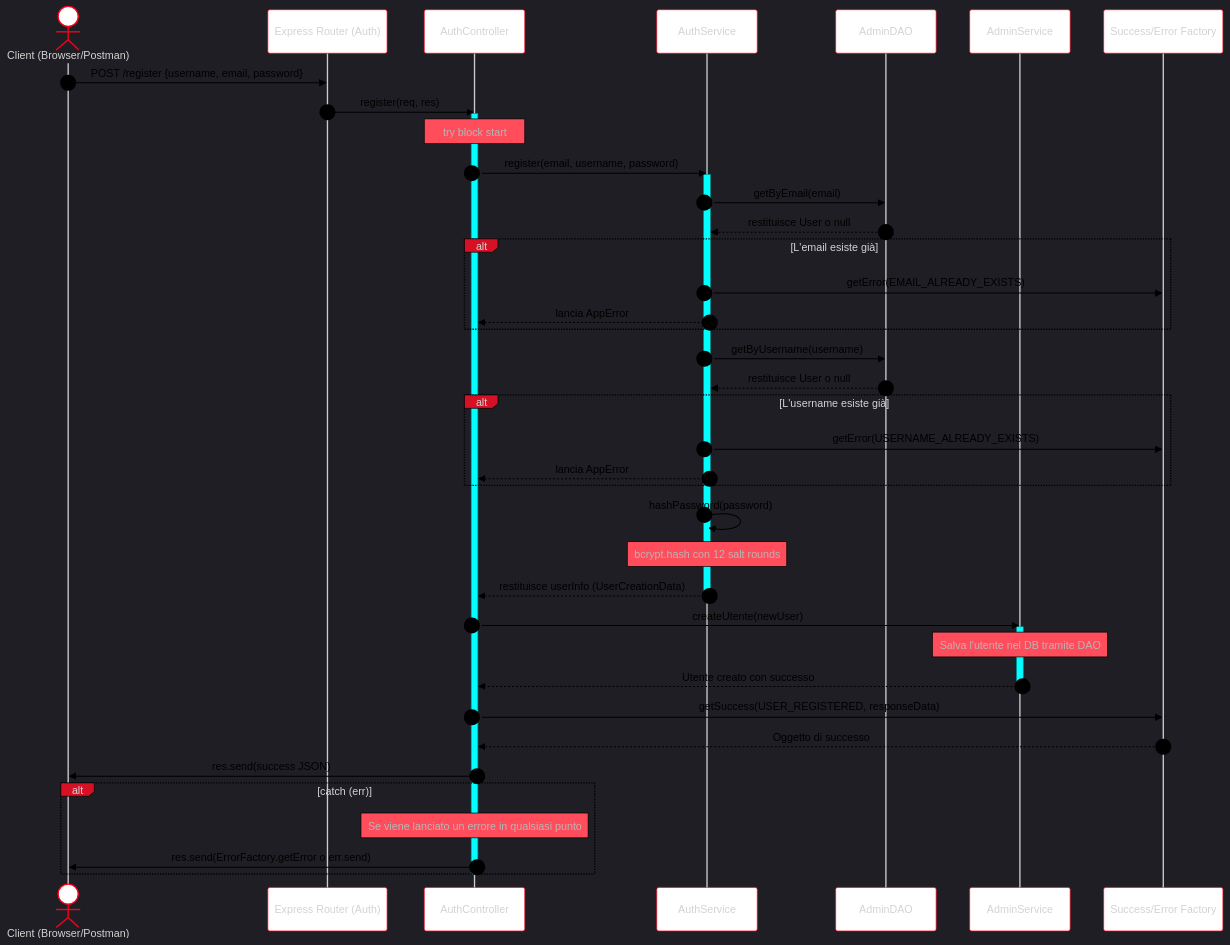
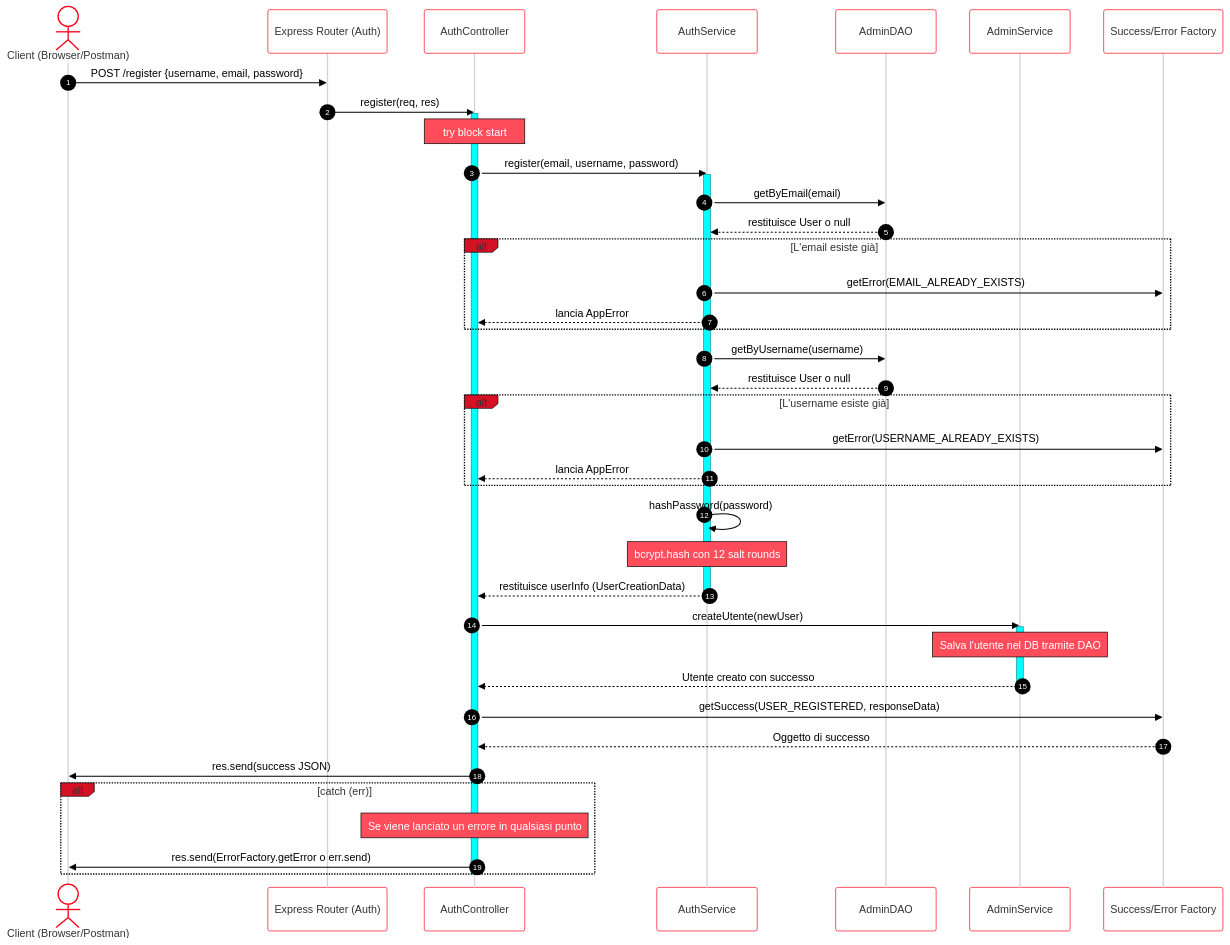
One commit to Barca2002/Progetto-Programmazione-avanzata changed the diagram in README.md. Above: the diagram before and after it, drawn with Mermaid.

Commit message:
Test readme

````diff
--- a/README.md
+++ b/README.md
@@ -145,73 +145,73 @@
 ```mermaid
 ---
 config:
-    theme: dark
+    theme: neutral
     themeVariables:
         'actorBkg': '#ffffff'
         'actorBorder': '#ff0019'
         'labelBoxBkgColor': '#d61125'
         'labelBoxBorderColor': '#020000'
         'signalColor': '#000000'
         'signalTextColor': '#000000'
         'noteBkgColor': '#ff4d5c'
         'noteBorderColor': '#000000'
         'activationBkgColor': '#00ffff'
         'activationBorderColor': '#009494'
         'fontSize': '20px'
 ---
 sequenceDiagram
     autonumber
     actor Utente as Client (Browser/Postman)
     participant Router as Express Router (Auth)
     participant Ctrl as AuthController
     participant Serv as AuthService
     participant DAO as AdminDAO
     participant AdminServ as AdminService
     participant Fact as Success/Error Factory
 
     Utente->>Router: POST /register {username, email, password}
     Router->>Ctrl: register(req, res)
     activate Ctrl
 
     Note over Ctrl: try block start
     Ctrl->>Serv: register(email, username, password)
     activate Serv
 
     Serv->>DAO: getByEmail(email)
     DAO-->>Serv: restituisce User o null
     
     alt L'email esiste già
         Serv->>Fact: getError(EMAIL_ALREADY_EXISTS)
         Serv-->>Ctrl: lancia AppError
     end
 
     Serv->>DAO: getByUsername(username)
     DAO-->>Serv: restituisce User o null
 
     alt L'username esiste già
         Serv->>Fact: getError(USERNAME_ALREADY_EXISTS)
         Serv-->>Ctrl: lancia AppError
     end
 
     Serv->>Serv: hashPassword(password)
     Note over Serv: bcrypt.hash con 12 salt rounds
     
     Serv-->>Ctrl: restituisce userInfo (UserCreationData)
     deactivate Serv
 
     Ctrl->>AdminServ: createUtente(newUser)
     activate AdminServ
     Note over AdminServ: Salva l'utente nel DB tramite DAO
     AdminServ-->>Ctrl: Utente creato con successo
     deactivate AdminServ
 
     Ctrl->>Fact: getSuccess(USER_REGISTERED, responseData)
     Fact-->>Ctrl: Oggetto di successo
     Ctrl->>Utente: res.send(success JSON)
 
     alt catch (err)
         Note over Ctrl: Se viene lanciato un errore in qualsiasi punto
         Ctrl->>Utente: res.send(ErrorFactory.getError o err.send)
     end
     deactivate Ctrl
 ```
````
